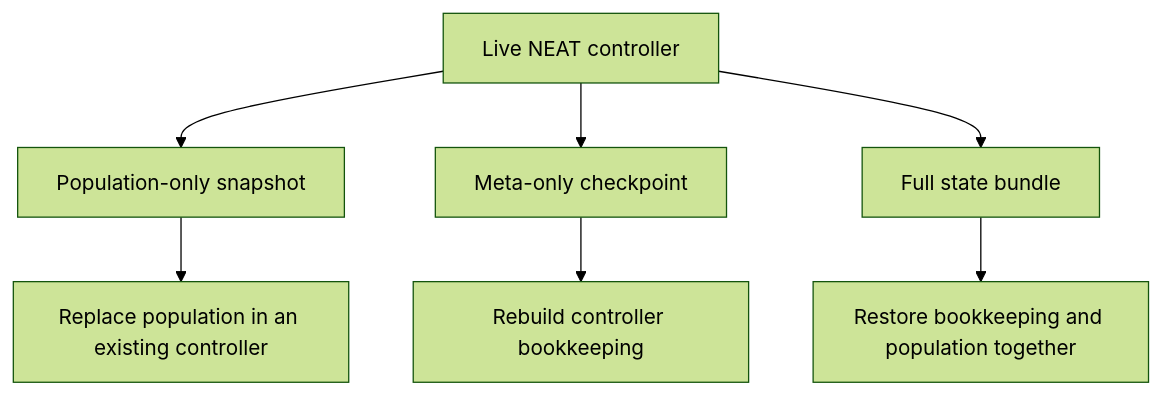
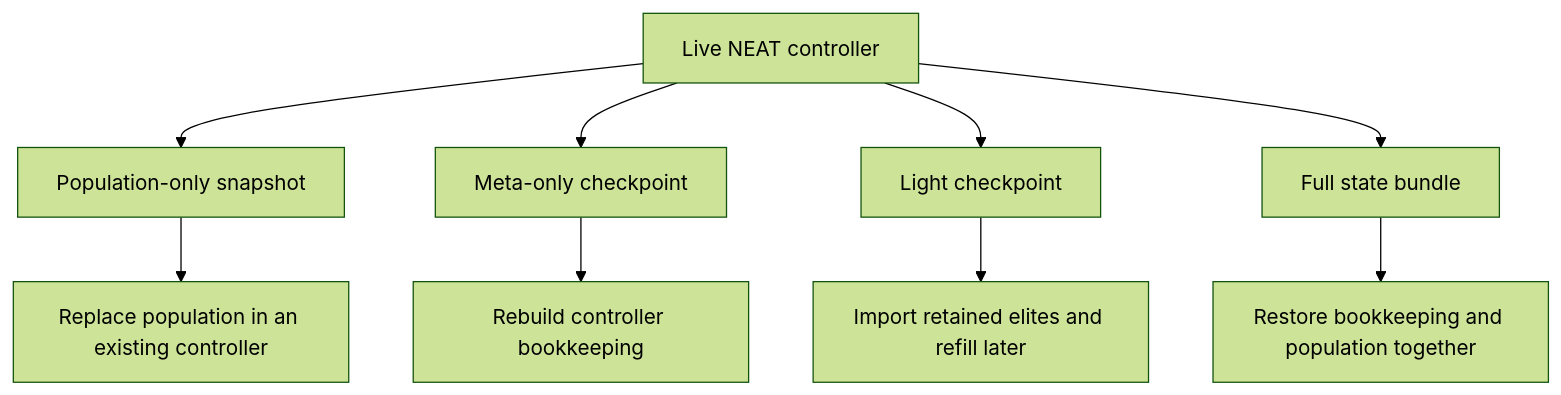
Before and after one commit to reicek/NeatapticTS: the first of 3 diagrams in src/neat/export/README.md, drawn with Mermaid (forest theme). The commit also changed other lines of this file and 300 other files, not shown here.

````diff
--- a/src/neat/export/README.md
+++ b/src/neat/export/README.md
@@ -61,9 +76,11 @@
 ```mermaid
 flowchart TD
   Runtime[Live NEAT controller] --> PopOnly[Population-only snapshot]
   Runtime --> MetaOnly[Meta-only checkpoint]
+  Runtime --> LightState[Light checkpoint]
   Runtime --> FullState[Full state bundle]
   PopOnly --> ImportPop[Replace population in an existing controller]
   MetaOnly --> ImportMeta[Rebuild controller bookkeeping]
+  LightState --> Restart[Import retained elites and refill later]
   FullState --> Resume[Restore bookkeeping and population together]
 ```
````
